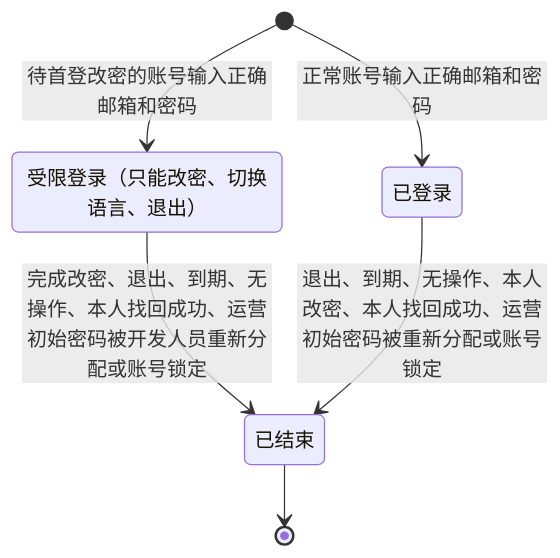
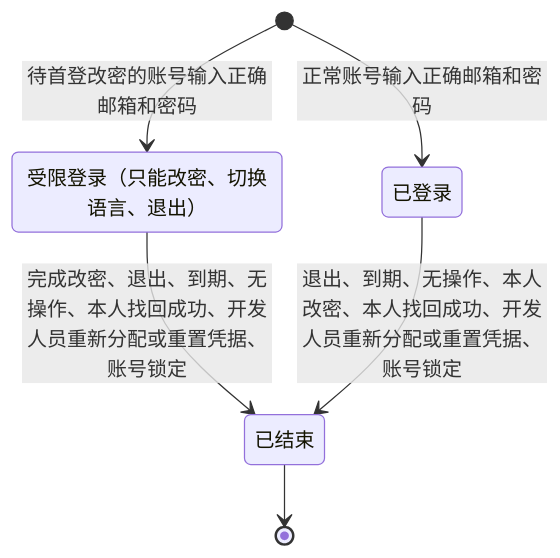
Before and after one commit to wxblockchain/Chain-Financing: the fifth of 9 diagrams in token-issuance-platform/PRD/管理端/M5-管理端登录与权限/02-管理端登录与权限-流程图与状态机.md, drawn with Mermaid. The commit also changed other lines of this file and 35 other files, not shown here.

````diff
--- a/token-issuance-platform/PRD/管理端/M5-管理端登录与权限/02-管理端登录与权限-流程图与状态机.md
+++ b/token-issuance-platform/PRD/管理端/M5-管理端登录与权限/02-管理端登录与权限-流程图与状态机.md
@@ -116,11 +132,11 @@
 ```mermaid
 stateDiagram-v2
     state "受限登录（只能改密、切换语言、退出）" as R
     state "已登录" as L
     state "已结束" as E
     [*] --> R: 待首登改密的账号输入正确邮箱和密码
     [*] --> L: 正常账号输入正确邮箱和密码
-    R --> E: 完成改密、退出、到期、无操作、本人找回成功、运营初始密码被开发人员重新分配或账号锁定
-    L --> E: 退出、到期、无操作、本人改密、本人找回成功、运营初始密码被重新分配或账号锁定
+    R --> E: 完成改密、退出、到期、无操作、本人找回成功、开发人员重新分配或重置凭据、账号锁定
+    L --> E: 退出、到期、无操作、本人改密、本人找回成功、开发人员重新分配或重置凭据、账号锁定
     E --> [*]
 ```
````
